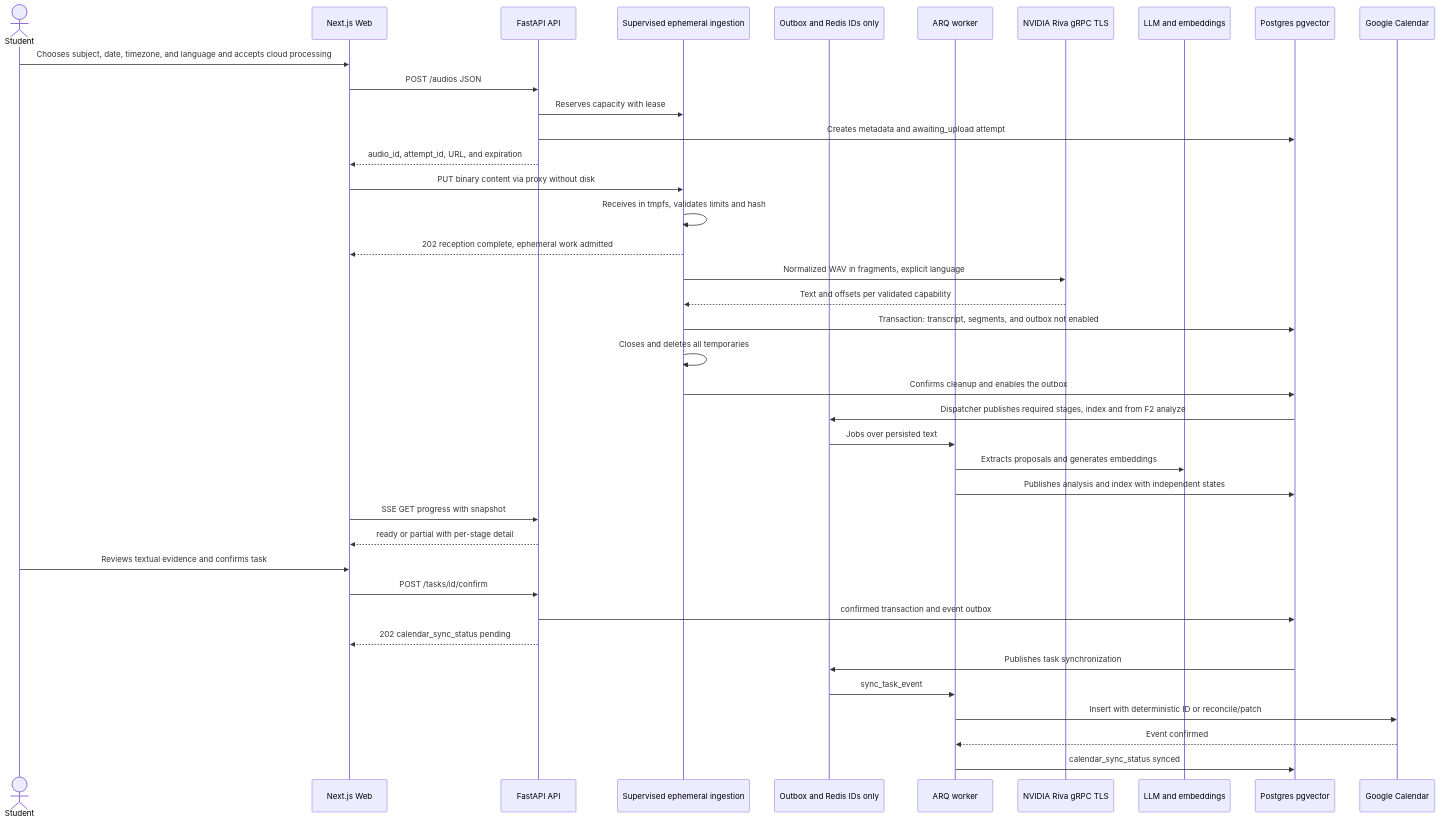
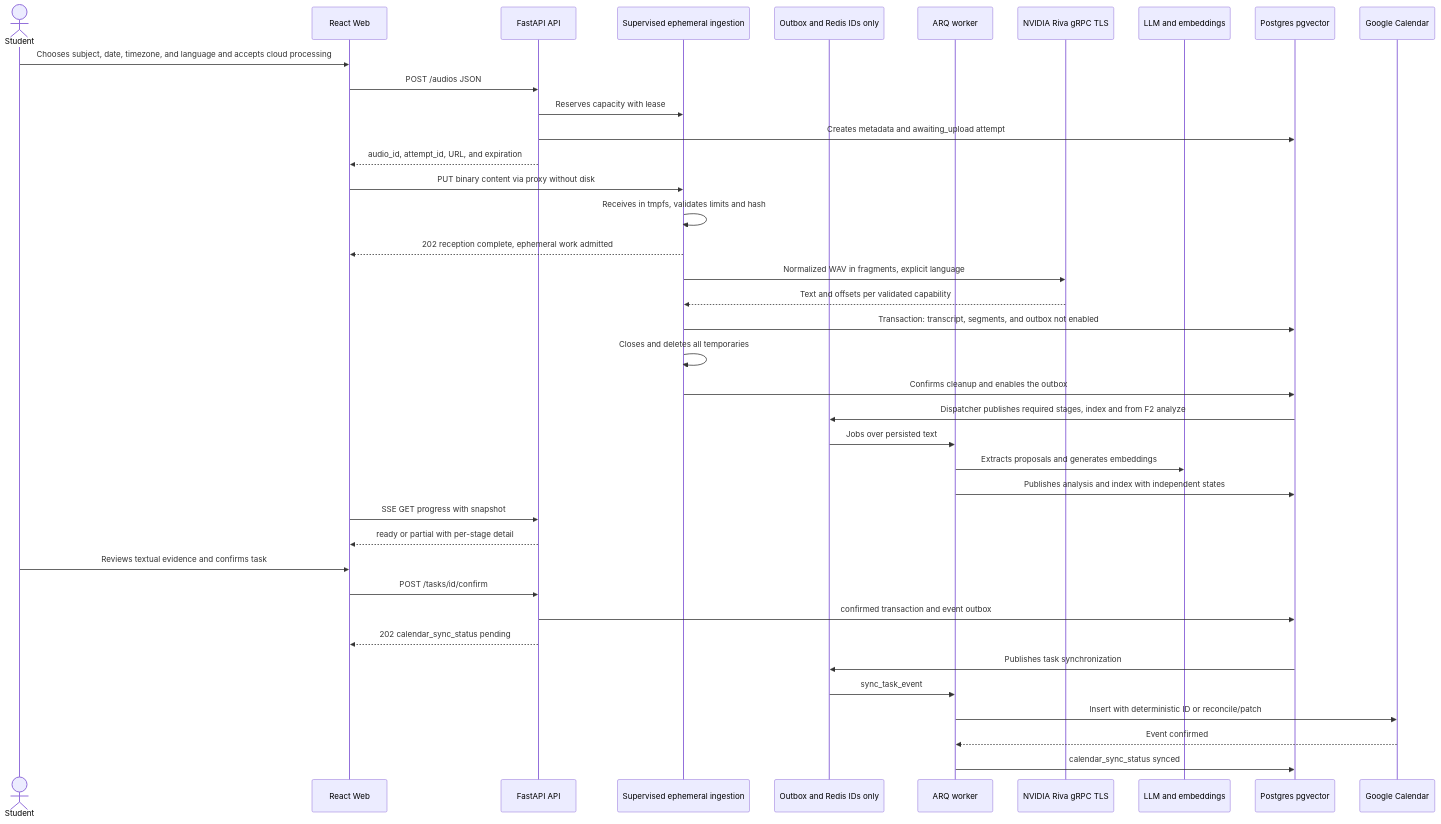
The second of 3 diagrams in docs/ESPECIFICACION.md (Nigrumhodo/Maulwurf), drawn with Mermaid before and after one commit. The commit also changed other lines of this file and 7 other files, not shown here.

First line of the commit message:
docs(adr): ADR-0007 web stack Vite + React SPA (L2.10)

````diff
--- a/docs/ESPECIFICACION.md
+++ b/docs/ESPECIFICACION.md
@@ -735,42 +737,42 @@
 ```mermaid
 sequenceDiagram
     actor U as Student
-    participant W as Next.js Web
+    participant W as React Web
     participant A as FastAPI API
     participant I as Supervised ephemeral ingestion
     participant Q as Outbox and Redis IDs only
     participant K as ARQ worker
     participant T as NVIDIA Riva gRPC TLS
     participant L as LLM and embeddings
     participant D as Postgres pgvector
     participant C as Google Calendar
 
     U->>W: Chooses subject, date, timezone, and language and accepts cloud processing
     W->>A: POST /audios JSON
     A->>I: Reserves capacity with lease
     A->>D: Creates metadata and awaiting_upload attempt
     A-->>W: audio_id, attempt_id, URL, and expiration
     W->>I: PUT binary content via proxy without disk
     I->>I: Receives in tmpfs, validates limits and hash
     I-->>W: 202 reception complete, ephemeral work admitted
     I->>T: Normalized WAV in fragments, explicit language
     T-->>I: Text and offsets per validated capability
     I->>D: Transaction: transcript, segments, and outbox not enabled
     I->>I: Closes and deletes all temporaries
     I->>D: Confirms cleanup and enables the outbox
     D->>Q: Dispatcher publishes required stages, index and from F2 analyze
     Q->>K: Jobs over persisted text
     K->>L: Extracts proposals and generates embeddings
     K->>D: Publishes analysis and index with independent states
     W->>A: SSE GET progress with snapshot
     A-->>W: ready or partial with per-stage detail
     U->>W: Reviews textual evidence and confirms task
     W->>A: POST /tasks/id/confirm
     A->>D: confirmed transaction and event outbox
     A-->>W: 202 calendar_sync_status pending
     D->>Q: Publishes task synchronization
     Q->>K: sync_task_event
     K->>C: Insert with deterministic ID or reconcile/patch
     C-->>K: Event confirmed
     K->>D: calendar_sync_status synced
 ```
````
